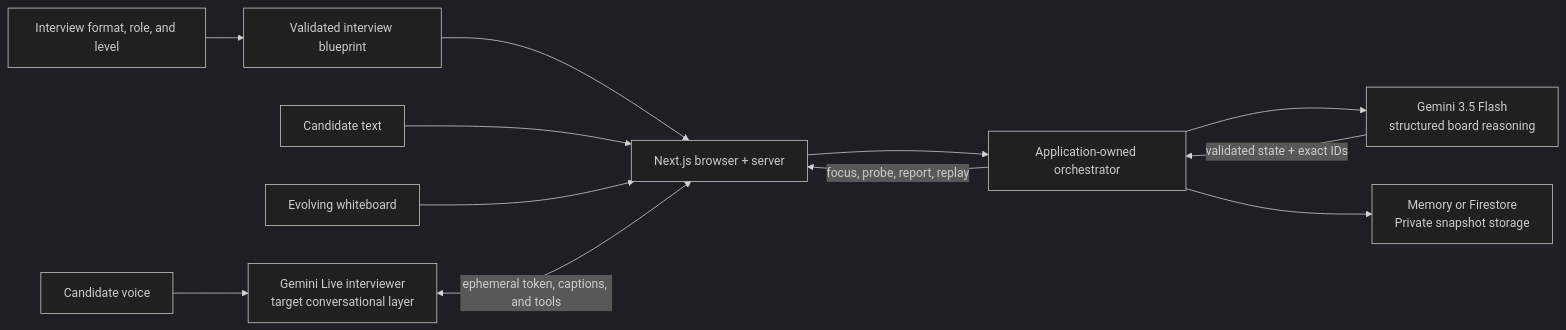
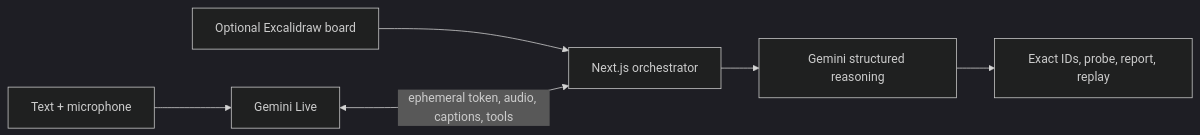
The diagram in README.md (neonforestmist/sapphire-ai), drawn with Mermaid (dark theme) before and after one commit. The commit also changed other lines of this file and 30 other files, not shown here.

Commit message:
Add multimodal interview flow and product visuals

````diff
--- a/README.md
+++ b/README.md
@@ -69,25 +105,8 @@
-~~~mermaid
+```mermaid
 flowchart LR
-    Brief["Interview format, role, and level"]
-    Blueprint["Validated interview blueprint"]
-    Voice["Candidate voice"]
-    Text["Candidate text"]
-    Board["Evolving whiteboard"]
-    Live["Gemini Live interviewer<br/>target conversational layer"]
-    App["Next.js browser + server"]
-    Orchestrator["Application-owned orchestrator"]
-    Reasoning["Gemini 3.5 Flash<br/>structured board reasoning"]
-    Stores["Memory or Firestore<br/>Private snapshot storage"]
-
-    Brief --> Blueprint
-    Blueprint --> App
-    Voice --> Live
-    Text --> App
-    Board --> App
-    Live <-->|"ephemeral token, captions, and tools"| App
-    App --> Orchestrator
-    Orchestrator --> Reasoning
-    Orchestrator --> Stores
-    Reasoning -->|"validated state + exact IDs"| Orchestrator
-    Orchestrator -->|"focus, probe, report, replay"| App
-~~~
+    Input["Text + microphone"] --> Live["Gemini Live"]
+    Board["Optional Excalidraw board"] --> App["Next.js orchestrator"]
+    Live <-->|"ephemeral token, audio, captions, tools"| App
+    App --> Reasoning["Gemini structured reasoning"]
+    Reasoning --> Evidence["Exact IDs, probe, report, replay"]
+```
````
